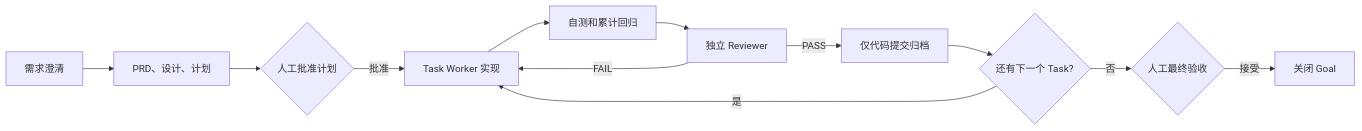
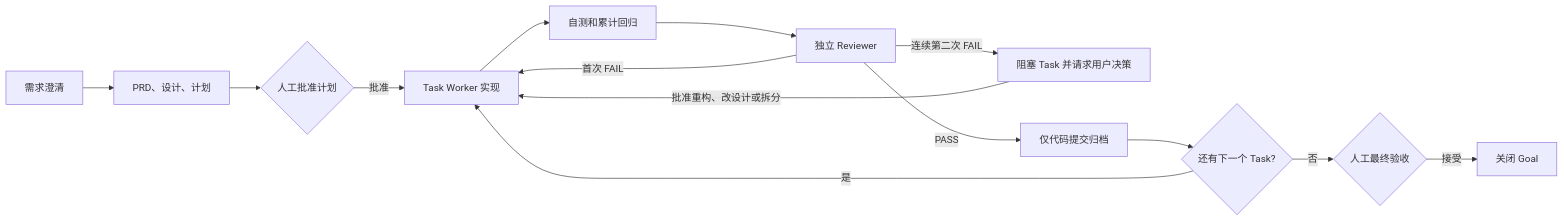
One commit to theChildinus/delivery-loop changed the diagram in README.md. Above: the diagram before and after it, drawn with Mermaid. The commit also changed other lines of this file and 7 other files, not shown here.

````diff
--- a/README.md
+++ b/README.md
@@ -23,14 +23,16 @@
 ```mermaid
 flowchart LR
   A[需求澄清] --> B[PRD、设计、计划]
   B --> C{人工批准计划}
   C -->|批准| D[Task Worker 实现]
   D --> E[自测和累计回归]
   E --> F[独立 Reviewer]
-  F -->|FAIL| D
+  F -->|首次 FAIL| D
+  F -->|连续第二次 FAIL| K[阻塞 Task 并请求用户决策]
+  K -->|批准重构、改设计或拆分| D
   F -->|PASS| G[仅代码提交归档]
   G --> H{还有下一个 Task?}
   H -->|是| D
   H -->|否| I{人工最终验收}
   I -->|接受| J[关闭 Goal]
 ```
````
